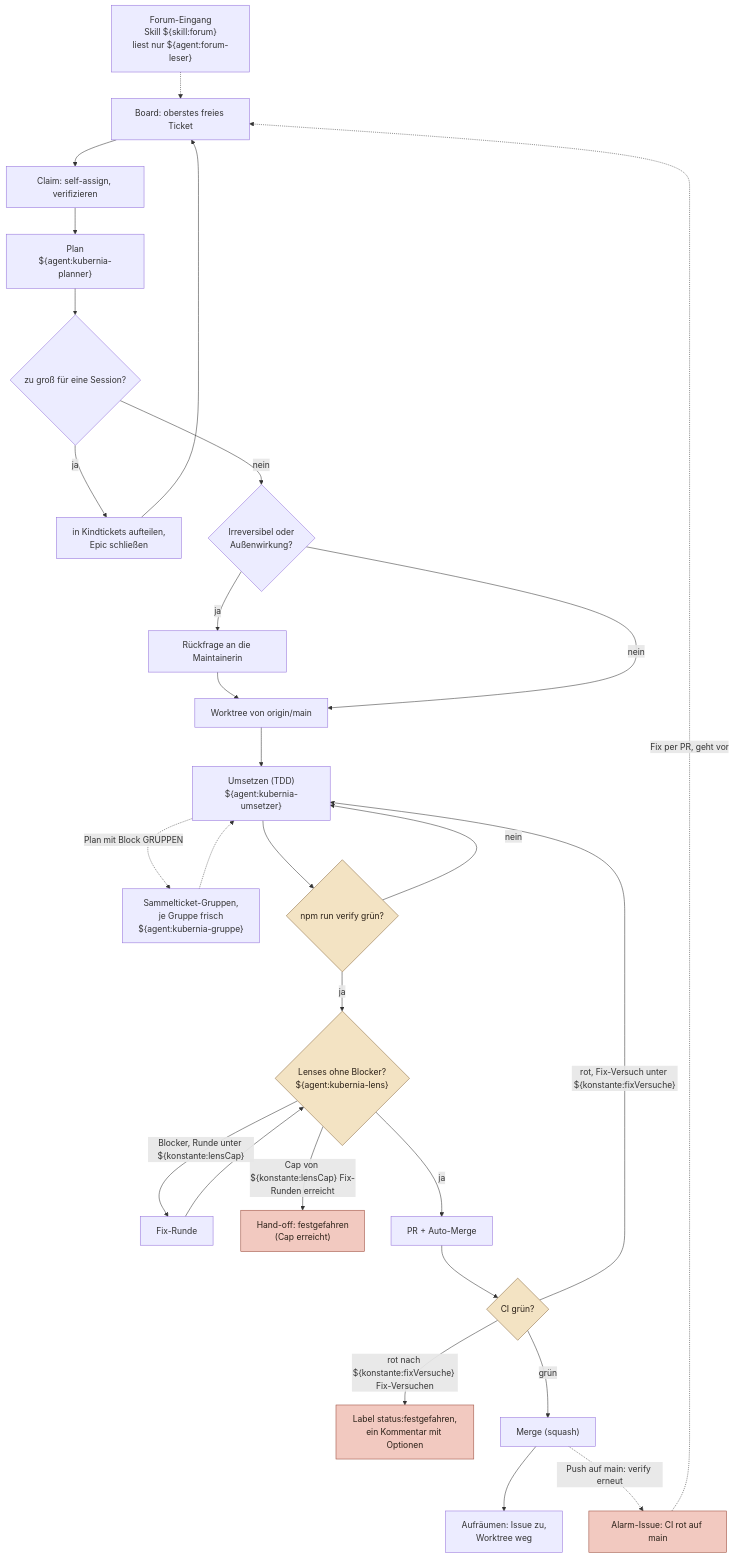
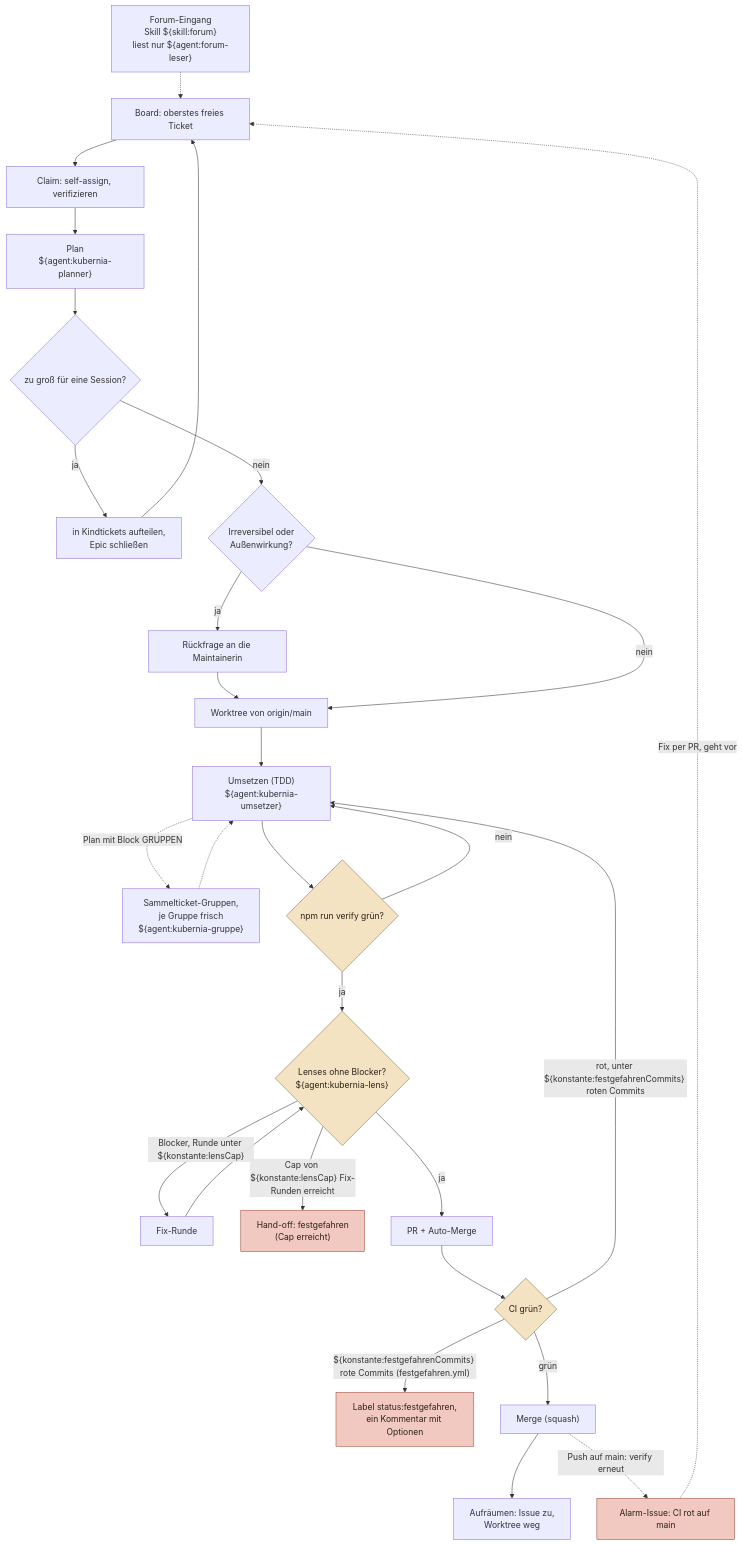
The diagram in docs/diagramme/agenten-ablauf.mmd (fluffels/kubernia), drawn with Mermaid before and after one commit. The commit also changed 74 other files, not shown here.

```diff
--- a/docs/diagramme/agenten-ablauf.mmd
+++ b/docs/diagramme/agenten-ablauf.mmd
@@ -1,48 +1,48 @@
 flowchart TD
   board["Board: oberstes freies Ticket"]
   claim["Claim: self-assign, verifizieren"]
   wt["Worktree von origin/main"]
   plan["Plan<br/>${agent:kubernia-planner}"]
   epic{"zu groß für eine Session?"}
   kinder["in Kindtickets aufteilen,<br/>Epic schließen"]
   pre{"Irreversibel oder<br/>Außenwirkung?"}
   frage["Rückfrage an die Maintainerin"]
   umsetzen["Umsetzen (TDD)<br/>${agent:kubernia-umsetzer}"]
   gruppen["Sammelticket-Gruppen,<br/>je Gruppe frisch<br/>${agent:kubernia-gruppe}"]
   verify{"npm run verify grün?"}
   lenses{"Lenses ohne Blocker?<br/>${agent:kubernia-lens}"}
   fix["Fix-Runde"]
   handoff["Hand-off: festgefahren<br/>(Cap erreicht)"]
   pr["PR + Auto-Merge"]
   ci{"CI grün?"}
   fest["Label status:festgefahren,<br/>ein Kommentar mit Optionen"]
   merge["Merge (squash)"]
   cleanup["Aufräumen: Issue zu,<br/>Worktree weg"]
   alarm["Alarm-Issue: CI rot auf main"]
   forum["Forum-Eingang<br/>Skill ${skill:forum}<br/>liest nur ${agent:forum-leser}"]
 
   board --> claim --> plan --> epic
   epic -- ja --> kinder --> board
   epic -- nein --> pre
   pre -- ja --> frage --> wt
   pre -- nein --> wt
   wt --> umsetzen
   umsetzen --> verify
   umsetzen -.->|"Plan mit Block GRUPPEN"| gruppen -.-> umsetzen
   verify -- nein --> umsetzen
   verify -- ja --> lenses
   lenses -- "Blocker, Runde unter ${konstante:lensCap}" --> fix --> lenses
   lenses -- "Cap von ${konstante:lensCap} Fix-Runden erreicht" --> handoff
   lenses -- ja --> pr
   pr --> ci
-  ci -- "rot, Fix-Versuch unter ${konstante:fixVersuche}" --> umsetzen
-  ci -- "rot nach ${konstante:fixVersuche} Fix-Versuchen" --> fest
+  ci -- "rot, unter ${konstante:festgefahrenCommits} roten Commits" --> umsetzen
+  ci -- "${konstante:festgefahrenCommits} rote Commits (festgefahren.yml)" --> fest
   ci -- grün --> merge --> cleanup
   merge -.->|"Push auf main: verify erneut"| alarm
   alarm -.->|"Fix per PR, geht vor"| board
   forum -.-> board
 
   classDef schleife fill:#f3e3c3,stroke:#8a6a3f,color:#2b2118
   classDef stopp fill:#f2c9c0,stroke:#9a4a3a,color:#2b2118
   class verify,lenses,ci schleife
   class handoff,fest,alarm stopp
```
